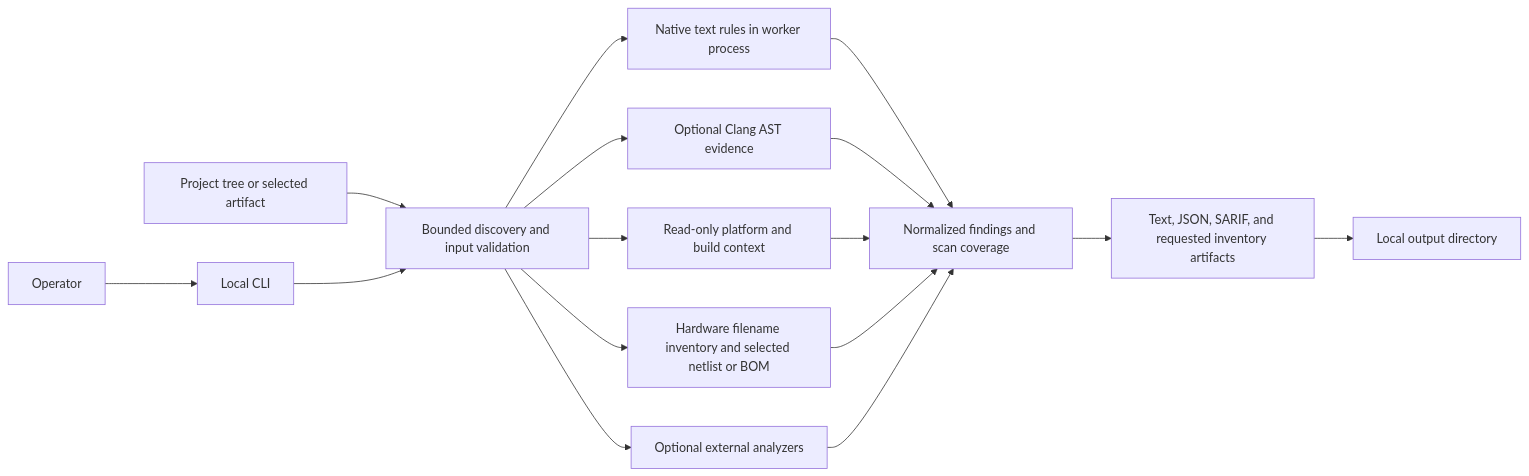
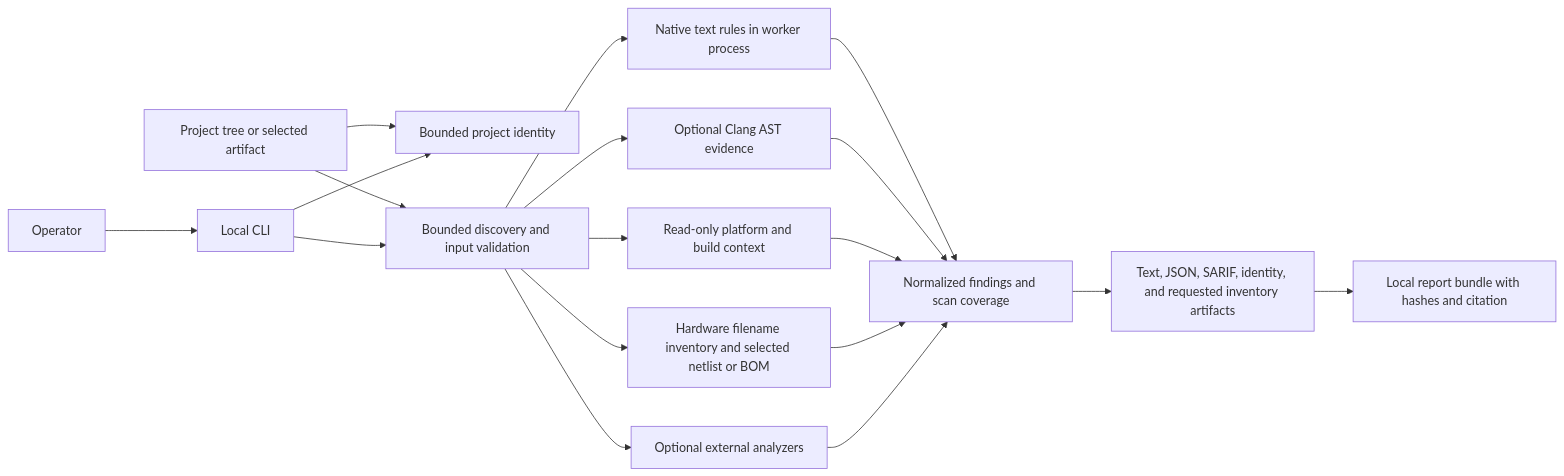
One commit to VIGIL-IoT/VIGIL-FUSE changed the first of 5 diagrams in docs/architecture.md. Above: the diagram before and after it, drawn with Mermaid. The commit also changed other lines of this file and 40 other files, not shown here.

Commit message:
feat: add bounded project identity and report provenance

````diff
--- a/docs/architecture.md
+++ b/docs/architecture.md
@@ -15,18 +15,20 @@
 ```mermaid
 flowchart LR
     Operator[Operator] --> CLI[Local CLI]
-    Target[Project tree or selected artifact] --> Discovery[Bounded discovery and input validation]
+    Target[Project tree or selected artifact] --> Identity[Bounded project identity]
+    Target --> Discovery[Bounded discovery and input validation]
     CLI --> Discovery
+    CLI --> Identity
     Discovery --> Native[Native text rules in worker process]
     Discovery --> Context[Read-only platform and build context]
     Discovery --> Hardware[Hardware filename inventory and selected netlist or BOM]
     Discovery --> Clang[Optional Clang AST evidence]
     Discovery --> Optional[Optional external analyzers]
     Native --> Model[Normalized findings and scan coverage]
     Clang --> Model
     Context --> Model
     Hardware --> Model
     Optional --> Model
-    Model --> Reports[Text, JSON, SARIF, and requested inventory artifacts]
-    Reports --> Output[Local output directory]
+    Model --> Reports[Text, JSON, SARIF, identity, and requested inventory artifacts]
+    Reports --> Output[Local report bundle with hashes and citation]
 ```
````
